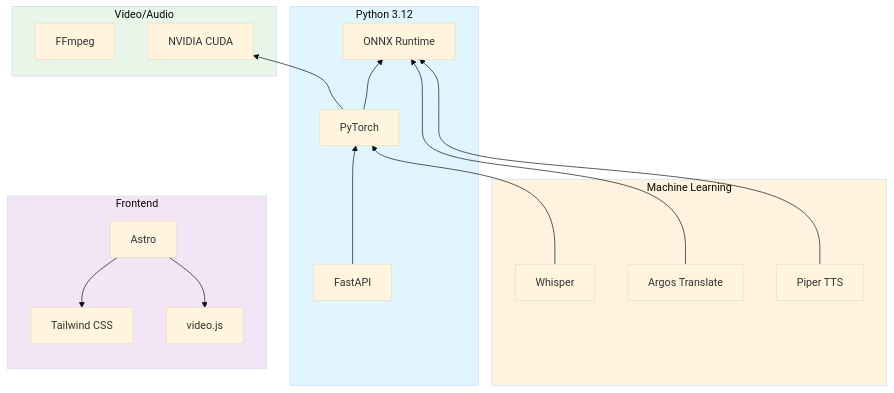
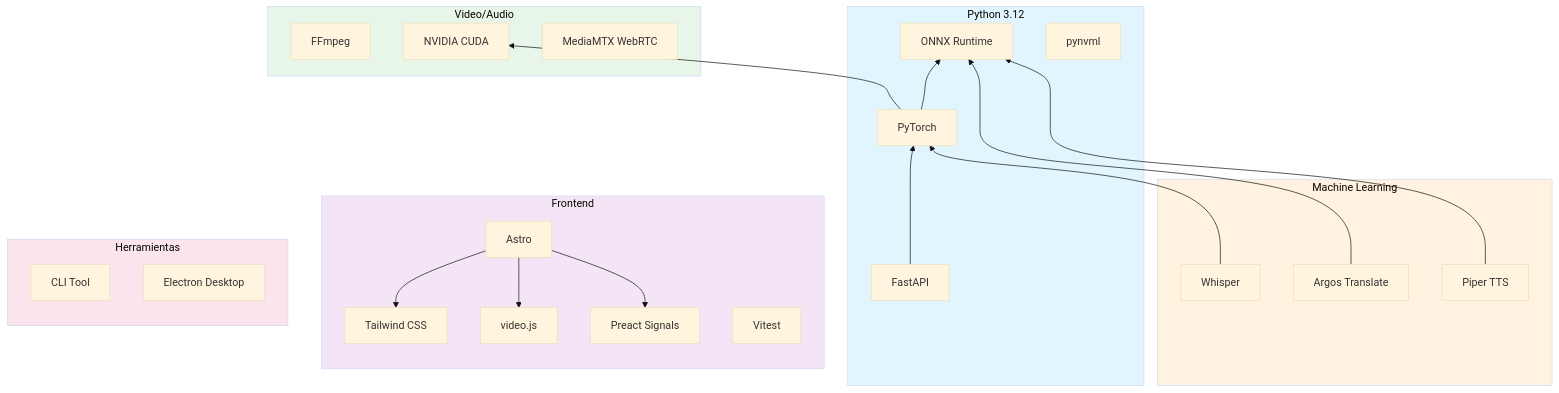
One commit to BrunoJimenez73/srt2web changed the ninth of 10 diagrams in docs/architecture.md. Above: the diagram before and after it, drawn with Mermaid (base theme). The commit also changed other lines of this file and 7 other files, not shown here.

Commit message:
docs: Update and expand documentation - multi-output, WebRTC, CLI, signals/effects, pipeline modes

````diff
--- a/docs/architecture.md
+++ b/docs/architecture.md
@@ -351,41 +504,51 @@
 ```mermaid
 graph BT
     subgraph Python["Python 3.12"]
         FA[FastAPI]
         PT[PyTorch]
         OR[ONNX Runtime]
+        PNL[pynvml]
     end
 
     subgraph ML["Machine Learning"]
         WH[Whisper]
         AG[Argos Translate]
         PP[Piper TTS]
     end
 
     subgraph Video["Video/Audio"]
         FF[FFmpeg]
         NV[NVIDIA CUDA]
+        MMTX[MediaMTX WebRTC]
     end
 
     subgraph Front["Frontend"]
         AS[Astro]
         TW[Tailwind CSS]
         VJ[video.js]
+        SG[Preact Signals]
+        VT[Vitest]
     end
 
-    FA --> PT
+    subgraph Tools["Herramientas"]
+        CLI[CLI Tool]
+        ELEC[Electron Desktop]
+    end
+
+    FA --> PT --> NV
     PT --> OR
-    PT --> NV
 
     WH --> PT
     AG --> OR
     PP --> OR
 
     AS --> TW
     AS --> VJ
+    AS --> SG
 
     style Python fill:#e1f5fe
     style ML fill:#fff3e0
     style Video fill:#e8f5e9
     style Front fill:#f3e5f5
+    style Tools fill:#fce4ec
 ```
````
